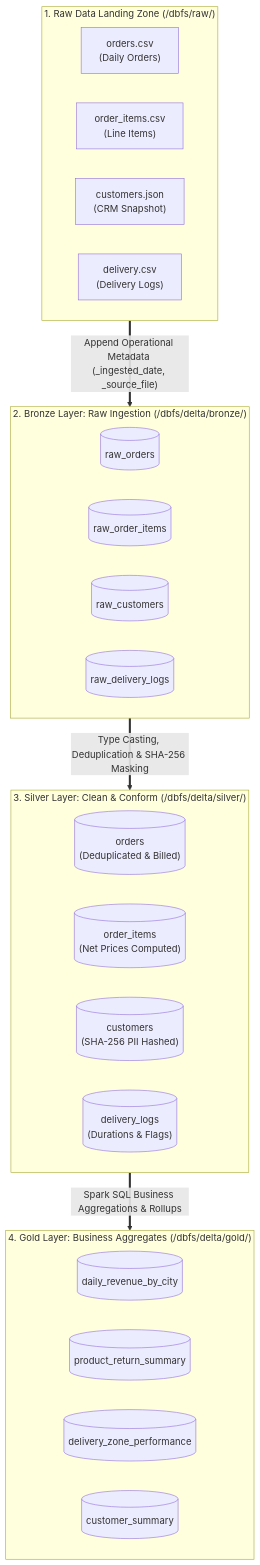
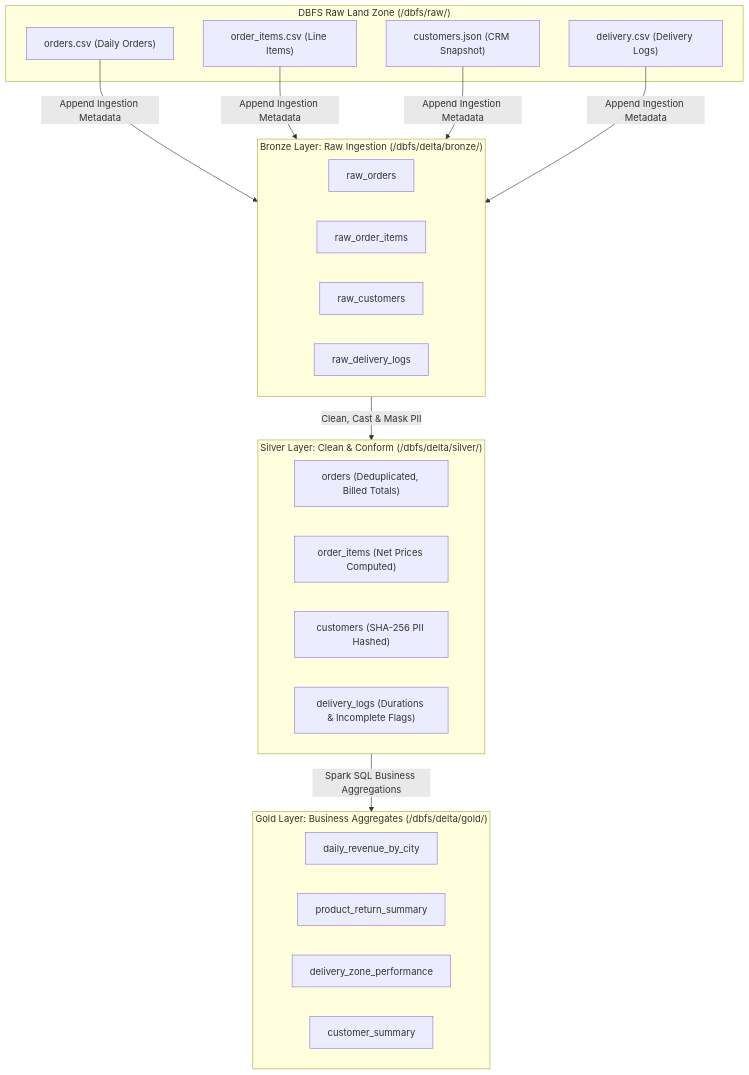
One commit to SubhodeepSamanta/CelebalAssignments changed the diagram in Mini-Project/README.md. Above: the diagram before and after it, drawn with Mermaid. The commit also changed other lines of this file, not shown here.

````diff
--- a/Mini-Project/README.md
+++ b/Mini-Project/README.md
@@ -34,38 +42,34 @@
 ```mermaid
 flowchart TD
-    subgraph Landing ["1. Raw Data Landing Zone (/dbfs/raw/)"]
-        direction LR
-        L1["orders.csv<br/>(Daily Orders)"]
-        L2["order_items.csv<br/>(Line Items)"]
-        L3["customers.json<br/>(CRM Snapshot)"]
-        L4["delivery.csv<br/>(Delivery Logs)"]
+    subgraph RawSources["DBFS Raw Land Zone (/dbfs/raw/)"]
+        R1["orders.csv (Daily Orders)"]
+        R2["order_items.csv (Line Items)"]
+        R3["customers.json (CRM Snapshot)"]
+        R4["delivery.csv (Delivery Logs)"]
     end
 
-    subgraph Bronze ["2. Bronze Layer: Raw Ingestion (/dbfs/delta/bronze/)"]
-        direction LR
-        B1[("raw_orders")]
-        B2[("raw_order_items")]
-        B3[("raw_customers")]
-        B4[("raw_delivery_logs")]
+    subgraph BronzeLayer["Bronze Layer: Raw Ingestion (/dbfs/delta/bronze/)"]
+        B1["raw_orders"]
+        B2["raw_order_items"]
+        B3["raw_customers"]
+        B4["raw_delivery_logs"]
     end
 
-    subgraph Silver ["3. Silver Layer: Clean & Conform (/dbfs/delta/silver/)"]
-        direction LR
-        S1[("orders<br/>(Deduplicated & Billed)")]
-        S2[("order_items<br/>(Net Prices Computed)")]
-        S3[("customers<br/>(SHA-256 PII Hashed)")]
-        S4[("delivery_logs<br/>(Durations & Flags)")]
+    subgraph SilverLayer["Silver Layer: Clean & Conform (/dbfs/delta/silver/)"]
+        S1["orders (Deduplicated, Billed Totals)"]
+        S2["order_items (Net Prices Computed)"]
+        S3["customers (SHA-256 PII Hashed)"]
+        S4["delivery_logs (Durations & Incomplete Flags)"]
     end
 
-    subgraph Gold ["4. Gold Layer: Business Aggregates (/dbfs/delta/gold/)"]
-        direction LR
-        G1[("daily_revenue_by_city")]
-        G2[("product_return_summary")]
-        G3[("delivery_zone_performance")]
-        G4[("customer_summary")]
+    subgraph GoldLayer["Gold Layer: Business Aggregates (/dbfs/delta/gold/)"]
+        G1["daily_revenue_by_city"]
+        G2["product_return_summary"]
+        G3["delivery_zone_performance"]
+        G4["customer_summary"]
     end
 
-    Landing ==>|"Append Operational Metadata (_ingested_date, _source_file)"| Bronze
-    Bronze ==>|"Type Casting, Deduplication & SHA-256 Masking"| Silver
-    Silver ==>|"Spark SQL Business Aggregations & Rollups"| Gold
+    R1 & R2 & R3 & R4 -->|Append Ingestion Metadata| BronzeLayer
+    BronzeLayer -->|Clean, Cast & Mask PII| SilverLayer
+    SilverLayer -->|Spark SQL Business Aggregations| GoldLayer
 ```
````
